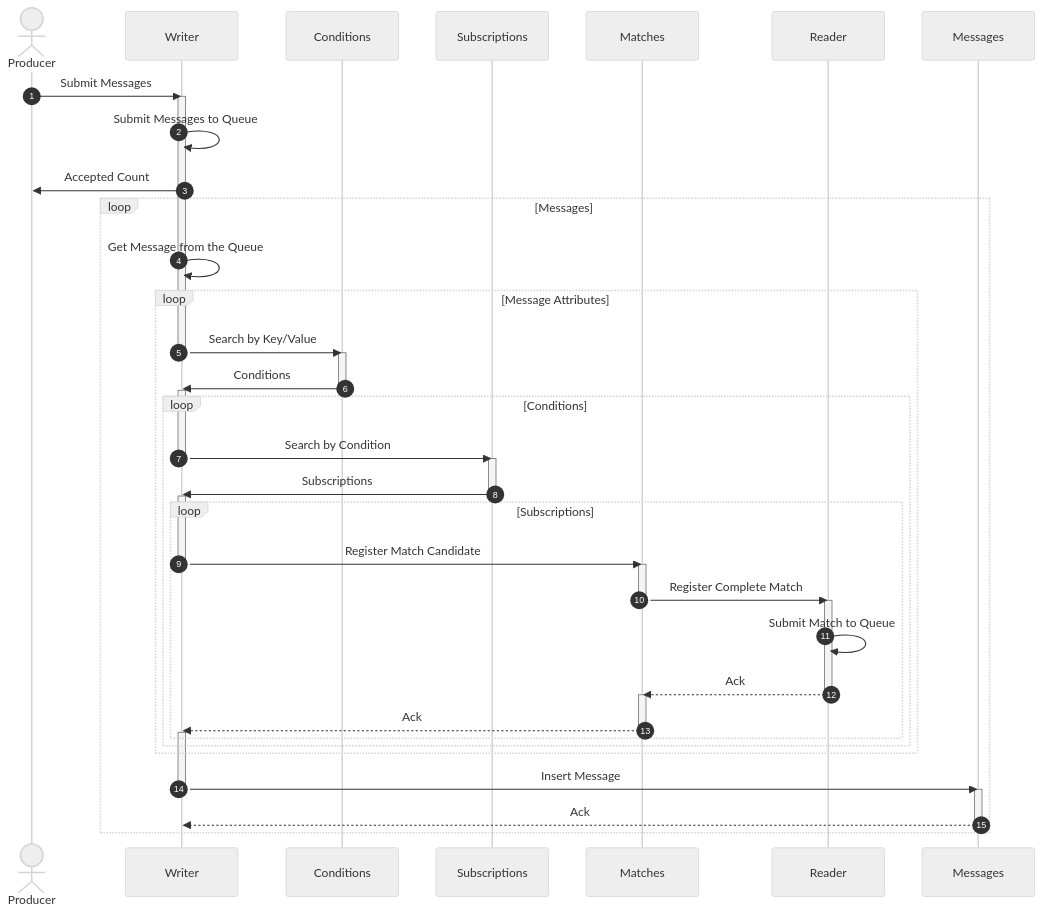
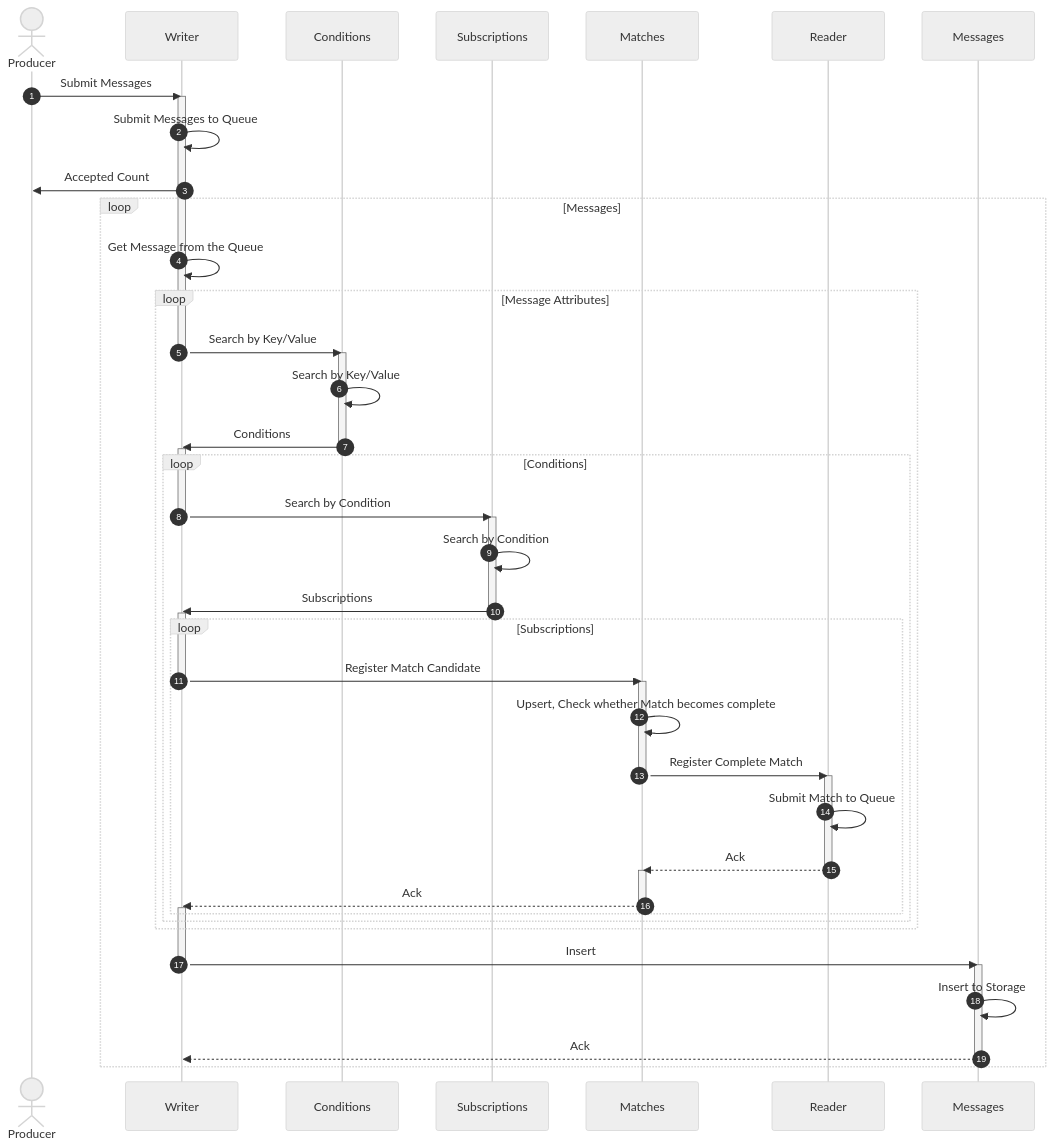
One commit to awakari/.github changed the first of 2 diagrams in profile/README.md. Above: the diagram before and after it, drawn with Mermaid. The commit also changed other lines of this file and 2 other files, not shown here.

Commit message:
readme update

````diff
--- a/profile/README.md
+++ b/profile/README.md
@@ -121,78 +121,82 @@
 ```mermaid
 %%{init: {'theme': 'neutral' } }%%
 sequenceDiagram
 
     autonumber
 
     actor Producer
     participant Writer
     participant Conditions
     participant Subscriptions
     participant Matches
     participant Reader
     participant Messages
 
     Producer->>Writer: Submit Messages
     
     activate Writer
     Writer->>Writer: Submit Messages to Queue
     Writer->>Producer: Accepted Count
     
     loop Messages
     
         Writer->>Writer: Get Message from the Queue
         
         loop Message Attributes
         
             Writer->>Conditions: Search by Key/Value
             deactivate Writer
             
             activate Conditions
+            Conditions->>Conditions: Search by Key/Value
             Conditions->>Writer: Conditions
             deactivate Conditions
             
             activate Writer
             loop Conditions
                 
                 Writer->>Subscriptions: Search by Condition
                 deactivate Writer
                 
                 activate Subscriptions
+                Subscriptions->>Subscriptions: Search by Condition
                 Subscriptions->>Writer: Subscriptions
                 deactivate Subscriptions
                 
                 activate Writer
                 loop Subscriptions
                     
                     Writer->>Matches: Register Match Candidate
                     deactivate Writer
                     
                     activate Matches
+                    Matches->>Matches: Upsert, Check whether Match becomes complete
                     Matches->>Reader: Register Complete Match
                     deactivate Matches
                     
                     activate Reader
                     Reader->>Reader: Submit Match to Queue
                     Reader-->>Matches: Ack
                     deactivate Reader
                     
                     activate Matches
                     Matches-->>Writer: Ack
                     deactivate Matches
                     
                     activate Writer
                     
                 end
             end
         end
         
-        Writer->>Messages: Insert Message
+        Writer->>Messages: Insert
         deactivate Writer
         
         activate Messages
+        Messages->>Messages: Insert to Storage
         Messages-->>Writer: Ack
         deactivate Messages
         
         activate Writer
     end
 ```
````
